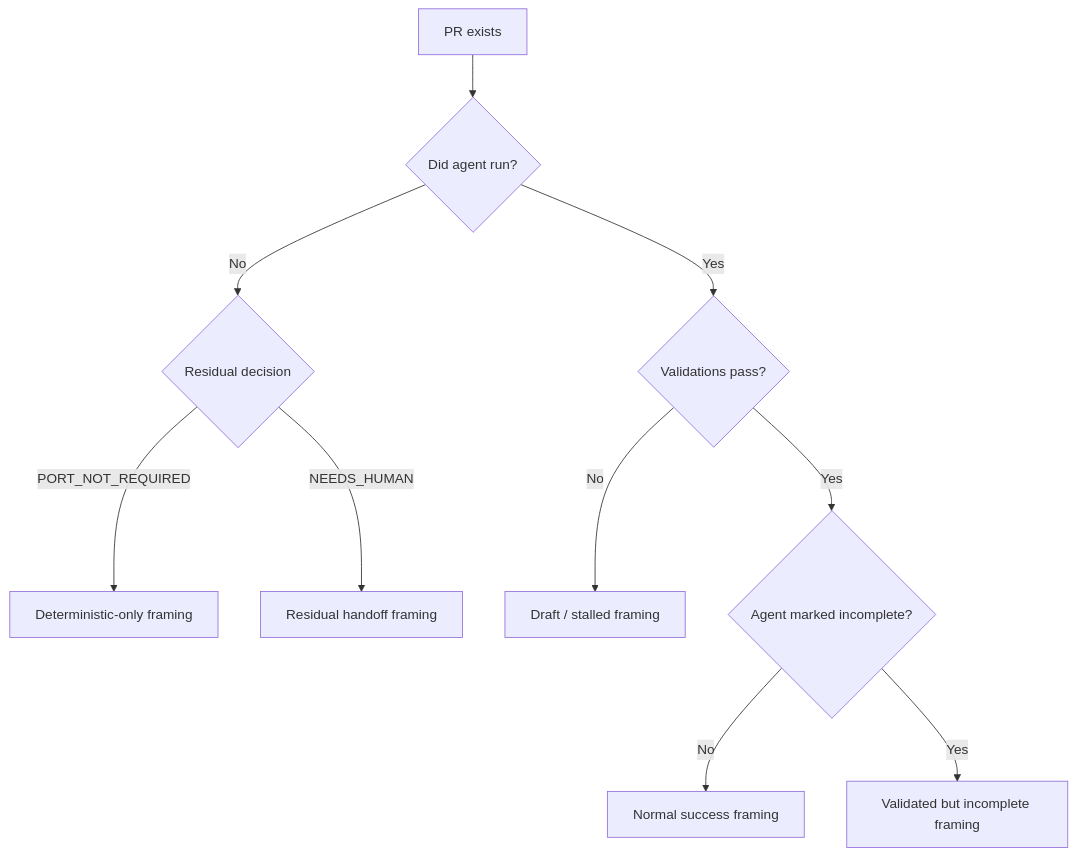
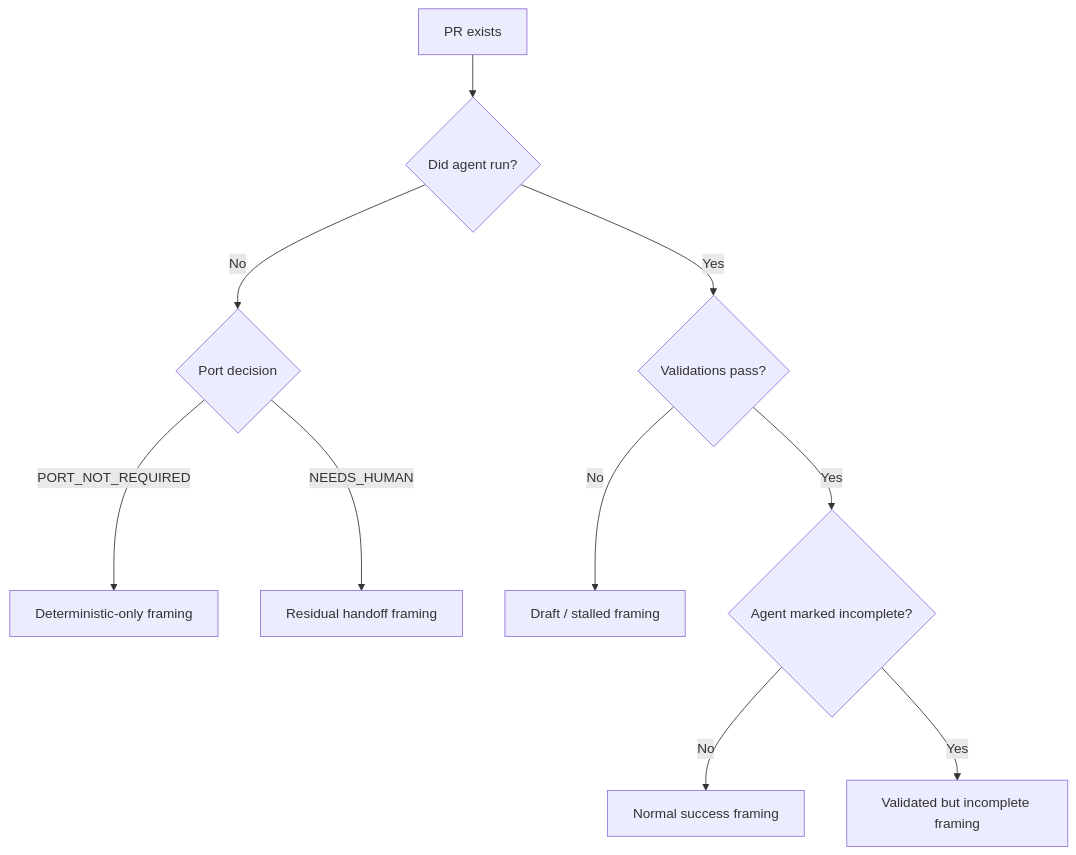
The second of 2 diagrams in docs/arch/state-machine.md (superbuilders/repo-port-bot), drawn with Mermaid before and after one commit. The commit also changed other lines of this file and 15 other files, not shown here.

````diff
--- a/docs/arch/state-machine.md
+++ b/docs/arch/state-machine.md
@@ -115,13 +115,13 @@
 ```mermaid
 flowchart TD
     A[PR exists] --> B{Did agent run?}
-    B -->|No| C{Residual decision}
+    B -->|No| C{Port decision}
     C -->|PORT_NOT_REQUIRED| D[Deterministic-only framing]
     C -->|NEEDS_HUMAN| E[Residual handoff framing]
 
     B -->|Yes| F{Validations pass?}
     F -->|No| G[Draft / stalled framing]
     F -->|Yes| H{Agent marked incomplete?}
     H -->|No| I[Normal success framing]
     H -->|Yes| J[Validated but incomplete framing]
 ```
````
